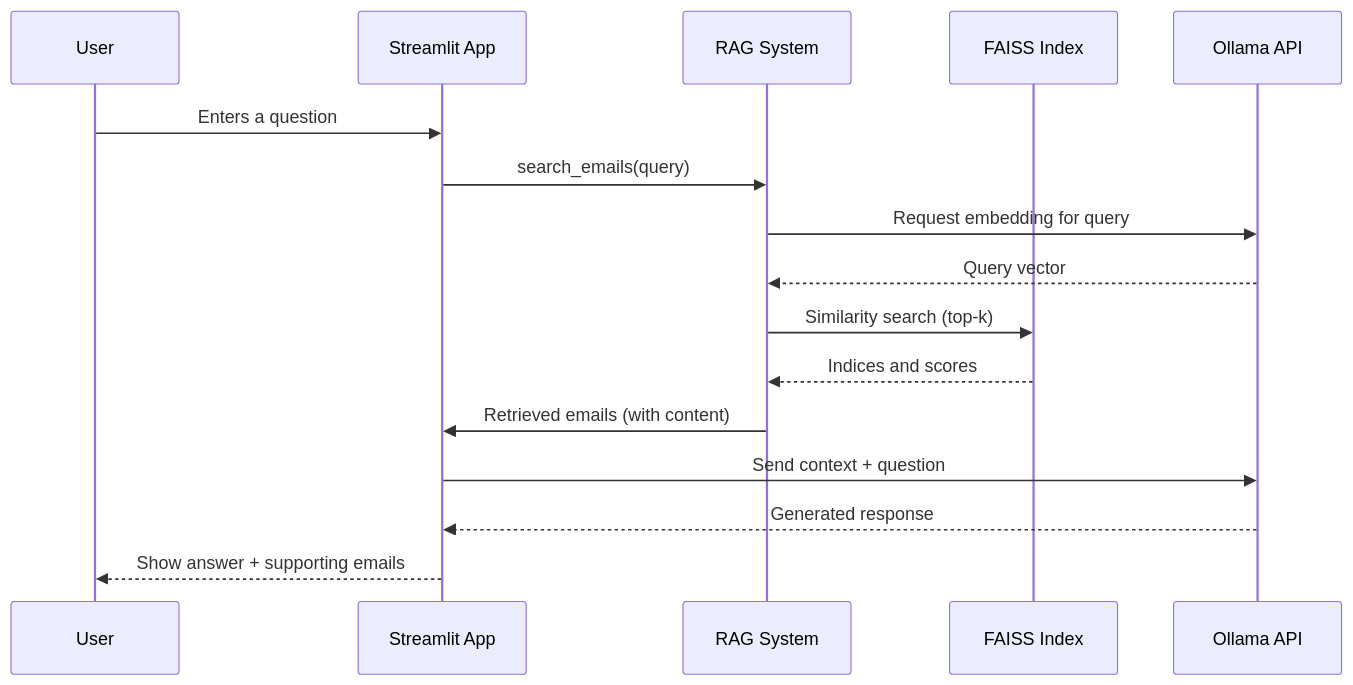
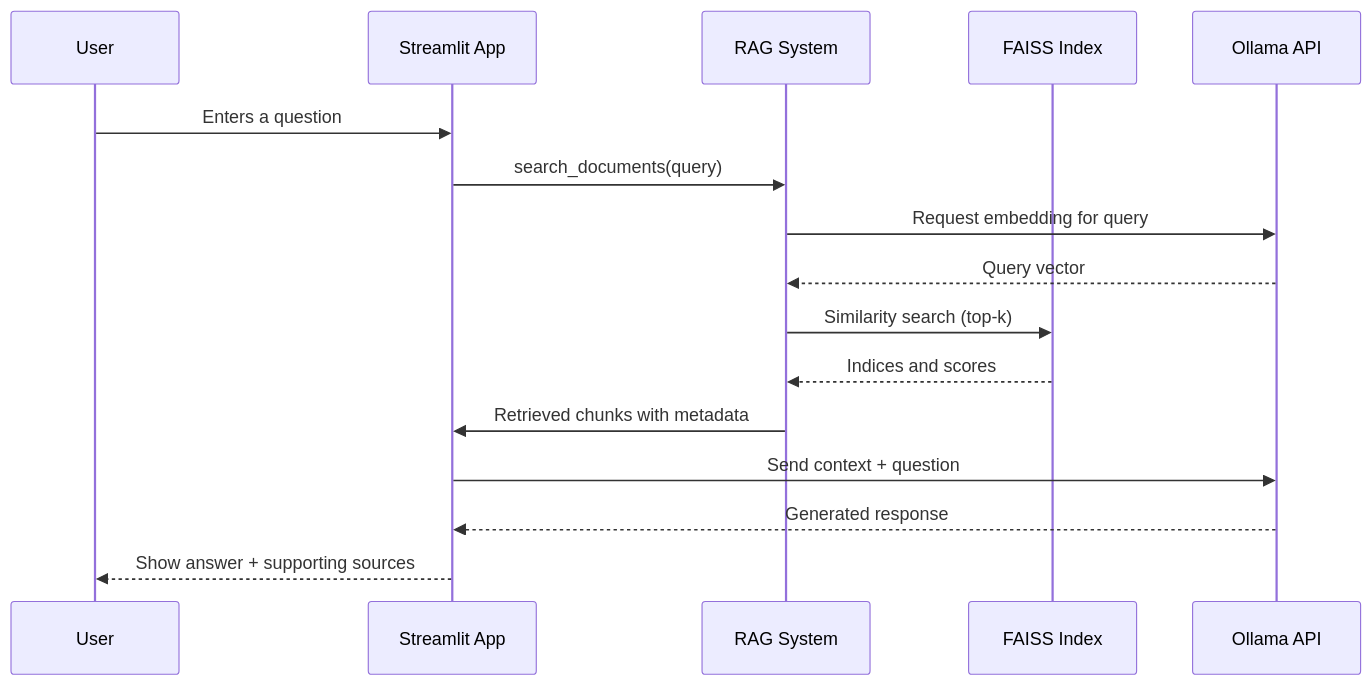
One commit to MattiaLupinetti02/local_RAG changed the third of 3 diagrams in README.md. Above: the diagram before and after it, drawn with Mermaid. The commit also changed other lines of this file, not shown here.

````diff
--- a/README.md
+++ b/README.md
@@ -105,19 +110,19 @@
 ```mermaid
 sequenceDiagram
     participant User
     participant Streamlit as Streamlit App
     participant RAG as RAG System
     participant FAISS as FAISS Index
     participant Ollama as Ollama API
 
     User->>Streamlit: Enters a question
-    Streamlit->>RAG: search_emails(query)
+    Streamlit->>RAG: search_documents(query)
     RAG->>Ollama: Request embedding for query
     Ollama-->>RAG: Query vector
     RAG->>FAISS: Similarity search (top‑k)
     FAISS-->>RAG: Indices and scores
-    RAG->>Streamlit: Retrieved emails (with content)
+    RAG->>Streamlit: Retrieved chunks with metadata
     Streamlit->>Ollama: Send context + question
     Ollama-->>Streamlit: Generated response
-    Streamlit-->>User: Show answer + supporting emails
+    Streamlit-->>User: Show answer + supporting sources
 ```
````
